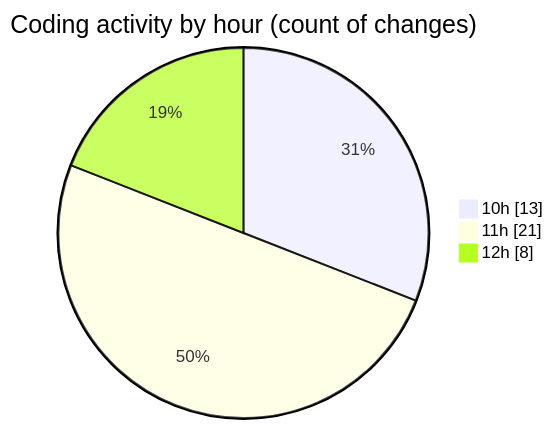
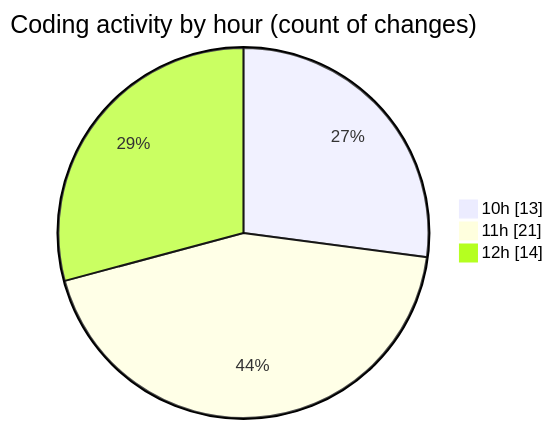
One commit to momahboobian/code-tracking changed the second of 2 diagrams in 2025-06-19/cda/README.md. Above: the diagram before and after it, drawn with Mermaid. The commit also changed other lines of this file and 1 other file, not shown here.

````diff
--- a/2025-06-19/cda/README.md
+++ b/2025-06-19/cda/README.md
@@ -35,7 +36,7 @@
 ```mermaid
 pie showData
 title Coding activity by hour (count of changes)
 "10h" : 13
 "11h" : 21
-"12h" : 8
+"12h" : 14
 ```
````
